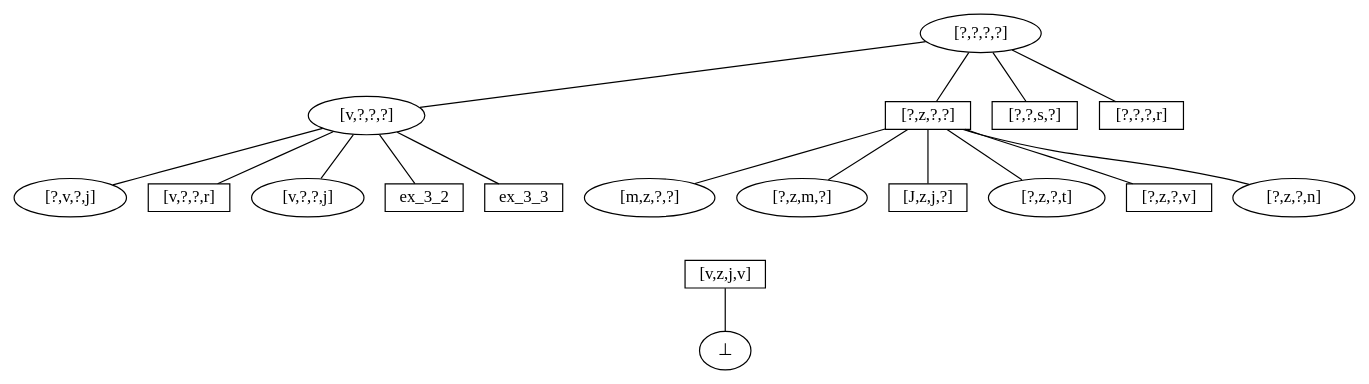
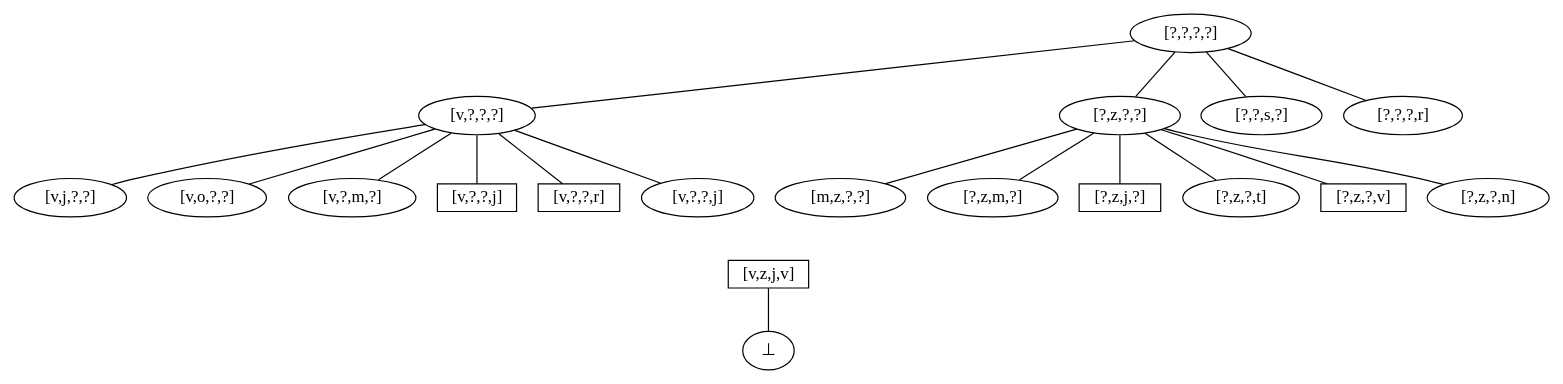
The diagram in resources/graphs/iteration_3.dot (NorfairKing/ai_alternative-exam), drawn with Graphviz before and after one commit. The commit also changed 10 other files, not shown here.

```diff
--- a/resources/graphs/iteration_3.dot
+++ b/resources/graphs/iteration_3.dot
@@ -1,51 +1,52 @@
 digraph iter_1 {
     node [shape=rect height=0.1, width=0.2];
     edge [arrowhead = none];
 
     top  [label = "[?,?,?,?]",shape=ellipse];
     bot  [label = "&#8869;",shape=ellipse];
 
     ex_1 [label= "[v,z,j,v]"];
     
     ex_2_1 [label = "[v,?,?,?]",shape=ellipse];
-    ex_2_2 [label = "[?,z,?,?]"];
-    ex_2_4 [label = "[?,?,s,?]"];
-    ex_2_5 [label = "[?,?,?,r]"];
+    ex_2_2 [label = "[?,z,?,?]",shape=ellipse];
+    ex_2_4 [label = "[?,?,s,?]",shape=ellipse];
+    ex_2_5 [label = "[?,?,?,r]",shape=ellipse];
  
     ex_3_1  [label = "[v,j,?,?]",shape=ellipse];
-    ex_3_1  [label = "[v,o,?,?]",shape=ellipse];
-    ex_3_1  [label = "[v,?,m,?]",shape=ellipse];
-    ex_3_1  [label = "[?,v,?,j]"];
-    ex_3_4  [label = "[v,?,?,r]"];
-    ex_3_5  [label = "[v,?,?,j]",shape=ellipse];
+    ex_3_2  [label = "[v,o,?,?]",shape=ellipse];
+    ex_3_3  [label = "[v,?,m,?]",shape=ellipse];
+    ex_3_4  [label = "[v,?,?,j]"];
+    ex_3_5  [label = "[v,?,?,r]"];
+    ex_3_6  [label = "[v,?,?,j]",shape=ellipse];
  
-    ex_3_6  [label = "[m,z,?,?]",shape=ellipse];
-    ex_3_7  [label = "[?,z,m,?]",shape=ellipse];
-    ex_3_8  [label = "[J,z,j,?]"];
-    ex_3_9  [label = "[?,z,?,t]",shape=ellipse];
-    ex_3_10 [label = "[?,z,?,v]"];
-    ex_3_11 [label = "[?,z,?,n]",shape=ellipse];
+    ex_3_7  [label = "[m,z,?,?]",shape=ellipse];
+    ex_3_8  [label = "[?,z,m,?]",shape=ellipse];
+    ex_3_9  [label = "[?,z,j,?]"];
+    ex_3_10 [label = "[?,z,?,t]",shape=ellipse];
+    ex_3_11 [label = "[?,z,?,v]"];
+    ex_3_12 [label = "[?,z,?,n]",shape=ellipse];
        
     top -> ex_2_1;
     top -> ex_2_2;
     top -> ex_2_4;
     top -> ex_2_5;
 
     ex_2_1 -> ex_3_1;    
     ex_2_1 -> ex_3_2;    
     ex_2_1 -> ex_3_3;    
     ex_2_1 -> ex_3_4;    
     ex_2_1 -> ex_3_5;    
+    ex_2_1 -> ex_3_6;    
     
-    ex_2_2 -> ex_3_6;
     ex_2_2 -> ex_3_7;
     ex_2_2 -> ex_3_8;
     ex_2_2 -> ex_3_9;
     ex_2_2 -> ex_3_10;
     ex_2_2 -> ex_3_11;
+    ex_2_2 -> ex_3_12;
 
     ex_3_6 -> ex_1[style=invis];
     ex_3_7 -> ex_1[style=invis];
     
     ex_1 -> bot;
 }
```
